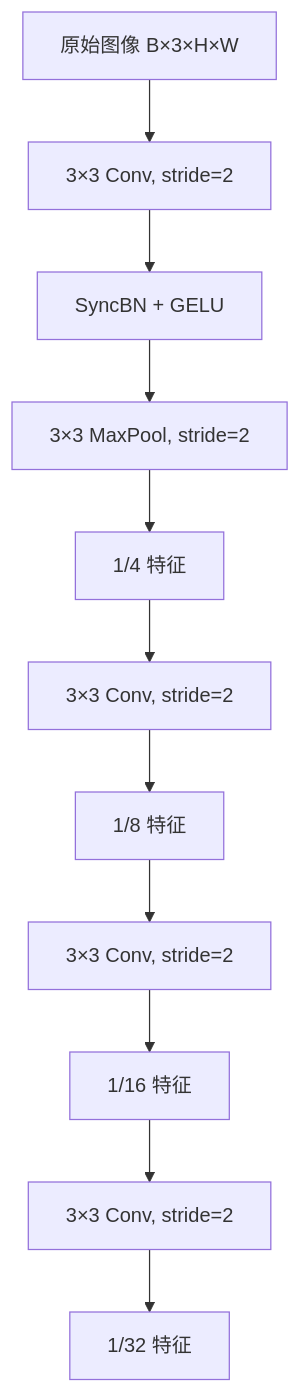
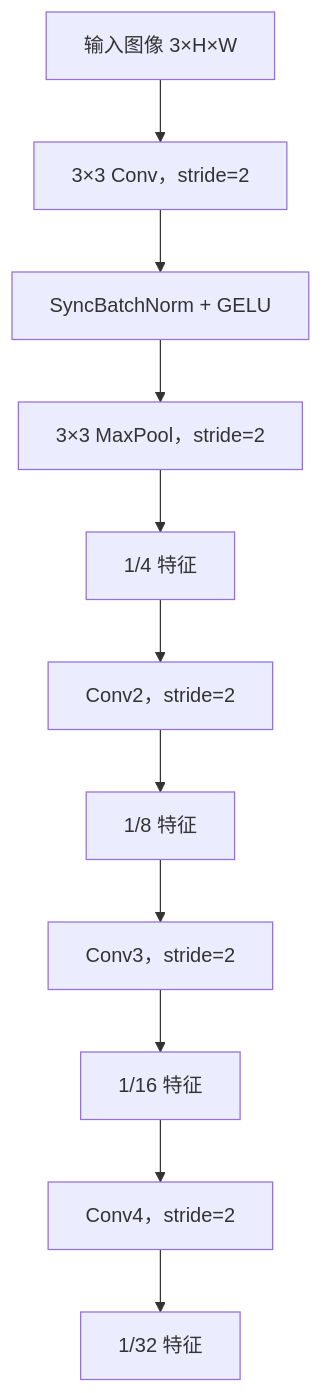
The second of 7 diagrams in website/articles/deimv2/index.md (zhanghuiwan/knowledge-base), drawn with Mermaid before and after one commit. The commit also changed other lines of this file, not shown here.

```diff
--- a/website/articles/deimv2/index.md
+++ b/website/articles/deimv2/index.md
@@ -209,13 +245,13 @@
 ~~~mermaid
 flowchart TD
-    A["原始图像 B×3×H×W"] --> B["3×3 Conv, stride=2"]
-    B --> C["SyncBN + GELU"]
-    C --> D["3×3 MaxPool, stride=2"]
+    A["输入图像 3×H×W"] --> B["3×3 Conv，stride=2"]
+    B --> C["SyncBatchNorm + GELU"]
+    C --> D["3×3 MaxPool，stride=2"]
     D --> E["1/4 特征"]
-    E --> F["3×3 Conv, stride=2"]
+    E --> F["Conv2，stride=2"]
     F --> G["1/8 特征"]
-    G --> H["3×3 Conv, stride=2"]
+    G --> H["Conv3，stride=2"]
     H --> I["1/16 特征"]
-    I --> J["3×3 Conv, stride=2"]
+    I --> J["Conv4，stride=2"]
     J --> K["1/32 特征"]
 ~~~
```
